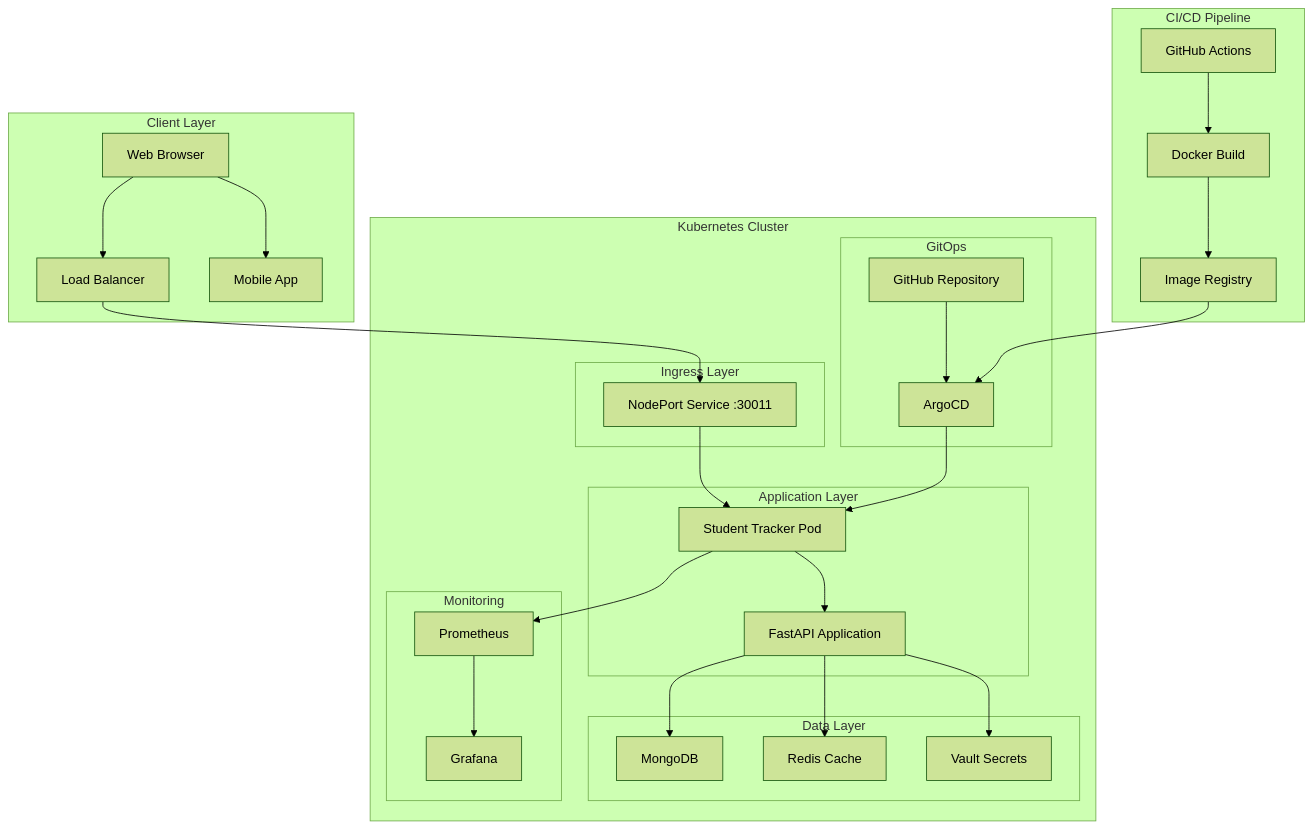
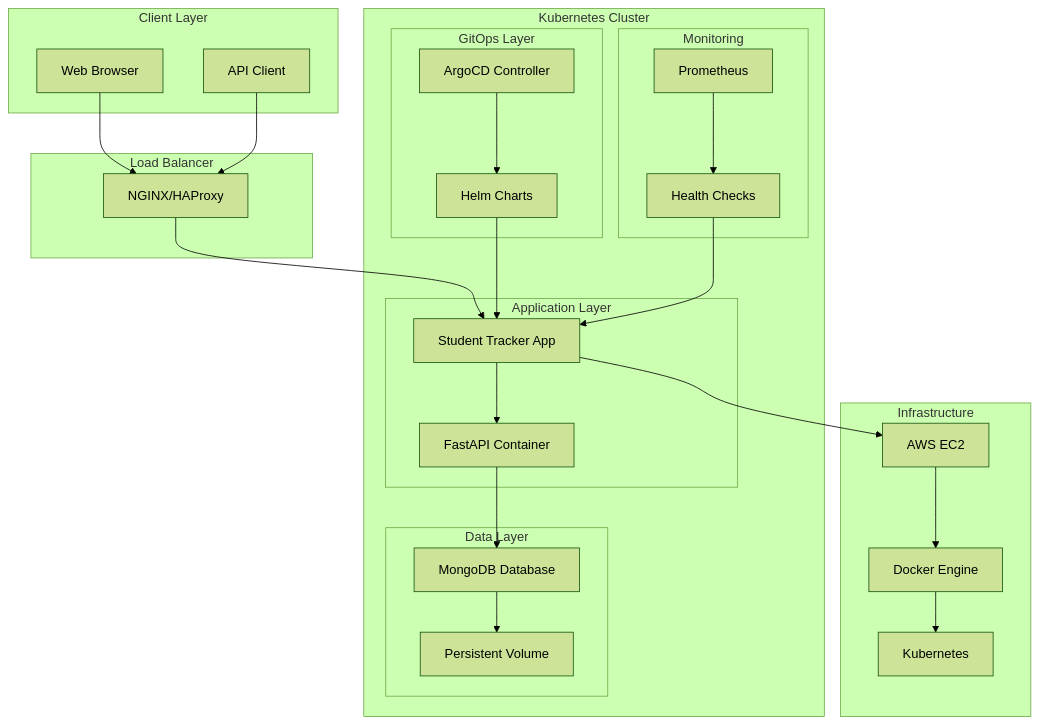
Before and after one commit to bonaventuresimeon/NativeSeries: the first of 5 diagrams in README.md, drawn with Mermaid (forest theme). The commit also changed other lines of this file and 7 other files, not shown here.

Commit message:
Update README with comprehensive deployment and architecture details

````diff
--- a/README.md
+++ b/README.md
@@ -260,40 +76,53 @@
 ```mermaid
 graph TB
     subgraph "Client Layer"
-        A[Web Browser] --> B[Load Balancer]
-        A --> C[Mobile App]
+        A[Web Browser]
+        B[API Client]
+    end
+    
+    subgraph "Load Balancer"
+        C[NGINX/HAProxy]
     end
     
     subgraph "Kubernetes Cluster"
-        subgraph "Ingress Layer"
-            B --> D[NodePort Service :30011]
-        end
-        
         subgraph "Application Layer"
-            D --> E[Student Tracker Pod]
-            E --> F[FastAPI Application]
+            D[Student Tracker App]
+            E[FastAPI Container]
         end
         
         subgraph "Data Layer"
-            F --> G[MongoDB]
-            F --> H[Redis Cache]
-            F --> I[Vault Secrets]
+            F[MongoDB Database]
+            G[Persistent Volume]
+        end
+        
+        subgraph "GitOps Layer"
+            H[ArgoCD Controller]
+            I[Helm Charts]
         end
         
         subgraph "Monitoring"
-            E --> J[Prometheus]
-            J --> K[Grafana]
-        end
-        
-        subgraph "GitOps"
-            L[GitHub Repository] --> M[ArgoCD]
-            M --> E
+            J[Prometheus]
+            K[Health Checks]
         end
     end
     
-    subgraph "CI/CD Pipeline"
-        N[GitHub Actions] --> O[Docker Build]
-        O --> P[Image Registry]
-        P --> M
+    subgraph "Infrastructure"
+        L[AWS EC2]
+        M[Docker Engine]
+        N[Kubernetes]
     end
+    
+    A --> C
+    B --> C
+    C --> D
+    D --> E
+    E --> F
+    F --> G
+    H --> I
+    I --> D
+    J --> K
+    K --> D
+    D --> L
+    L --> M
+    M --> N
 ```
````
